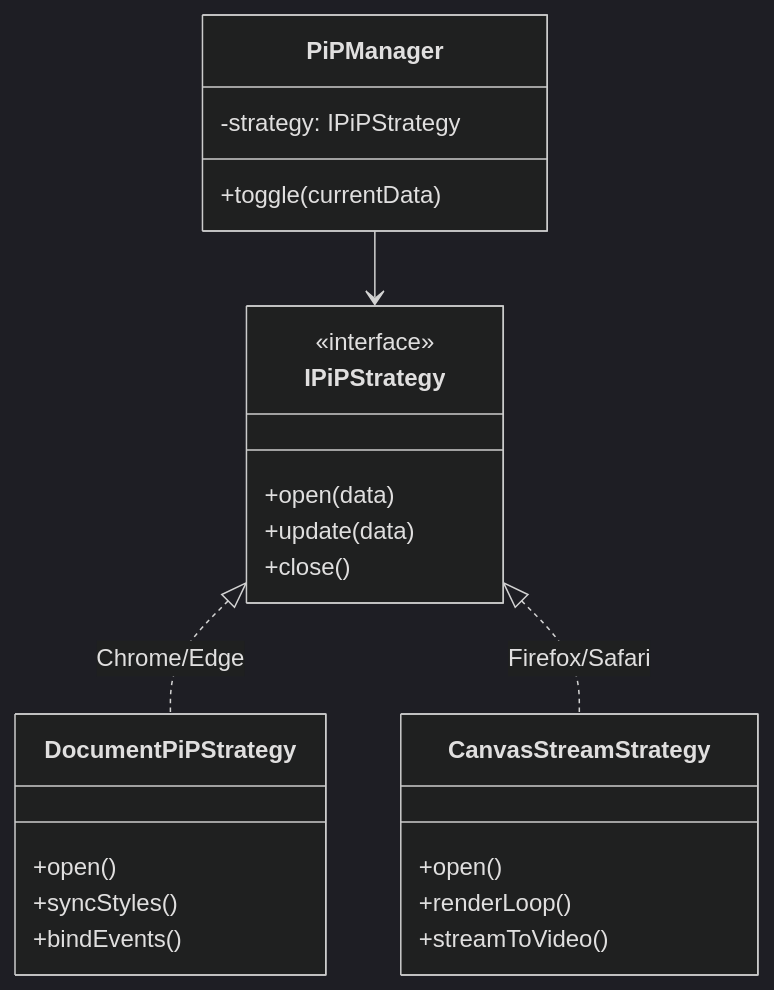
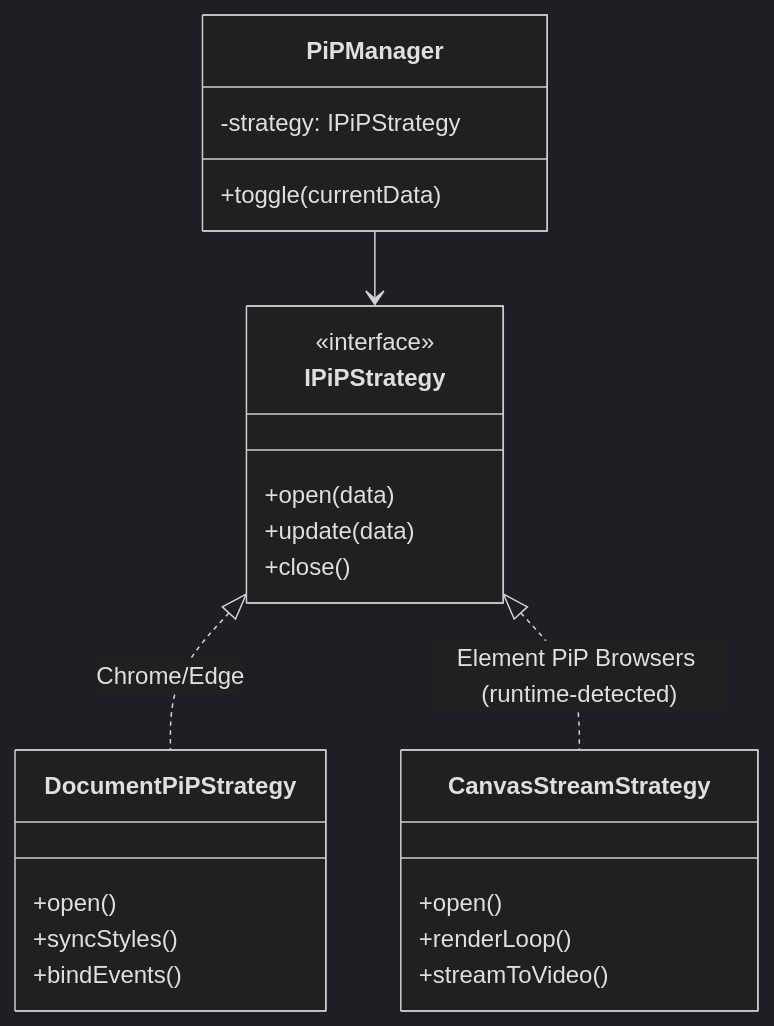
One commit to xrf-9527/Aura-Timer changed the diagram in docs/pip-architecture.md. Above: the diagram before and after it, drawn with Mermaid (dark theme). The commit also changed other lines of this file and 7 other files, not shown here.

````diff
--- a/docs/pip-architecture.md
+++ b/docs/pip-architecture.md
@@ -35,27 +36,27 @@
 ```mermaid
 classDiagram
     class PiPManager {
         +toggle(currentData)
         -strategy: IPiPStrategy
     }
     class IPiPStrategy {
         <<interface>>
         +open(data)
         +update(data)
         +close()
     }
     class DocumentPiPStrategy {
         +open()
         +syncStyles()
         +bindEvents()
     }
     class CanvasStreamStrategy {
         +open()
         +renderLoop()
         +streamToVideo()
     }
     
     PiPManager --> IPiPStrategy
     IPiPStrategy <|.. DocumentPiPStrategy : Chrome/Edge
-    IPiPStrategy <|.. CanvasStreamStrategy : Firefox/Safari
+    IPiPStrategy <|.. CanvasStreamStrategy : Element PiP Browsers (runtime-detected)
 ```
````
